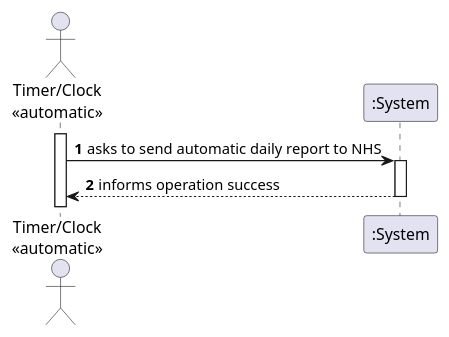
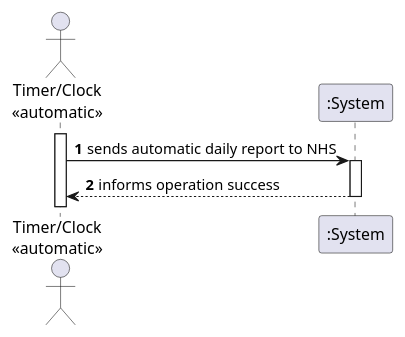
One commit to ana-albergaria/LAPR2-ISEP changed the diagram in docs/SprintD/US_19/US19_SSD.puml. Above: the diagram before and after it, drawn with PlantUML. The commit also changed 4 other files, not shown here.

```diff
--- a/docs/SprintD/US_19/US19_SSD.puml
+++ b/docs/SprintD/US_19/US19_SSD.puml
@@ -1,34 +1,34 @@
 @startuml
 autonumber
 actor "Timer/Clock\n<<automatic>>" as T
 
 activate T
-T -> ":System" : asks to send automatic daily report to NHS
+T -> ":System" : sends automatic daily report to NHS
 
 /'activate ":System"
 ":System" --> T : requests report to be sent
 deactivate ":System"
 
 T -> ":System" : create daily report and send it'/
 activate ":System"
 
 ":System" --> T : informs operation success
 
 deactivate ":System"
 
 /'
 T -> ":System" : selects type of test
 activate ":System"
 
 
 ":System" --> T : shows all data and requests confirmation
 deactivate ":System"
 
 T -> ":System" : confirms the data
 activate ":System"
 ":System" --> T : informs operation success
 deactivate ":System"
 
 deactivate T'/
 
 @enduml
```
